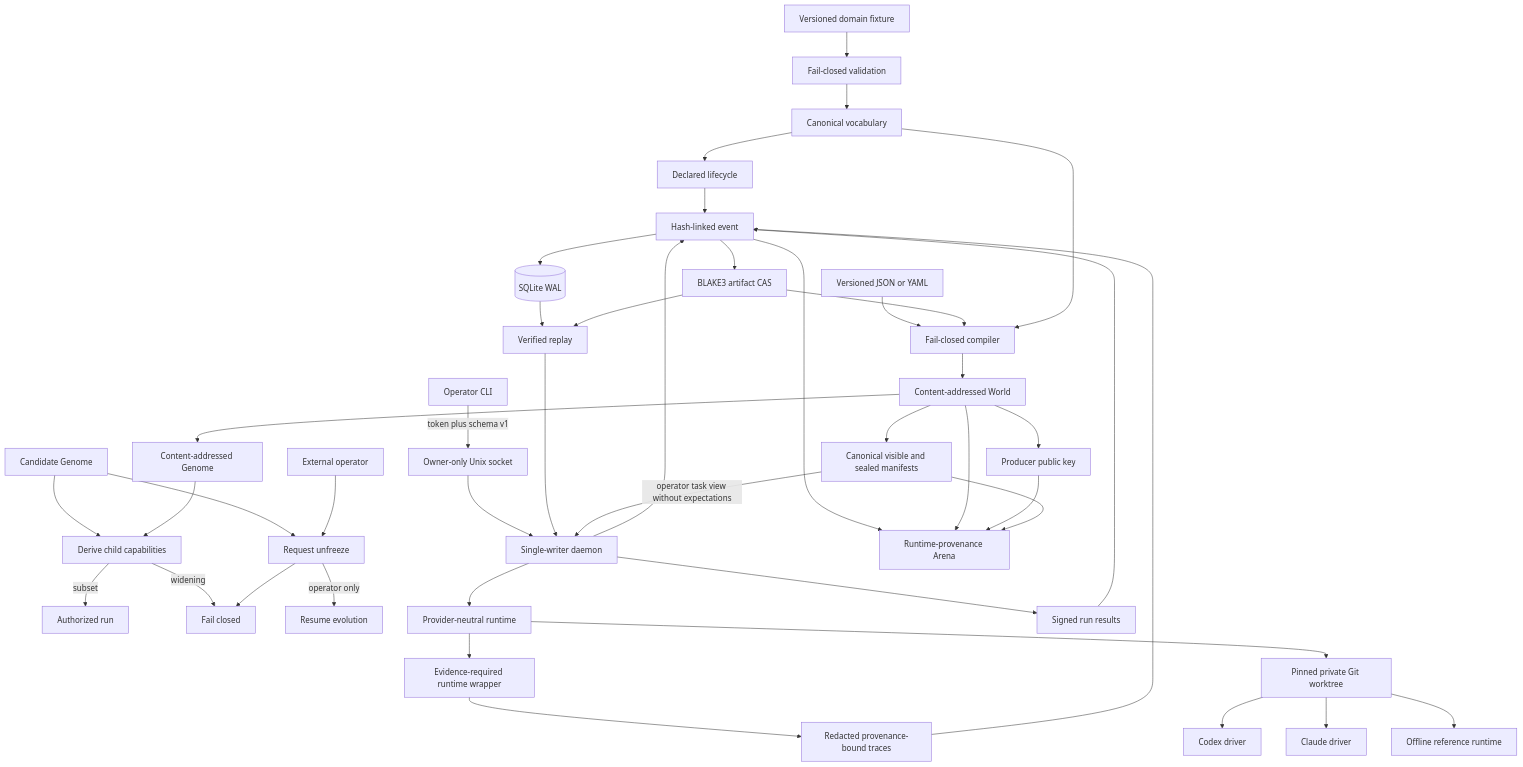
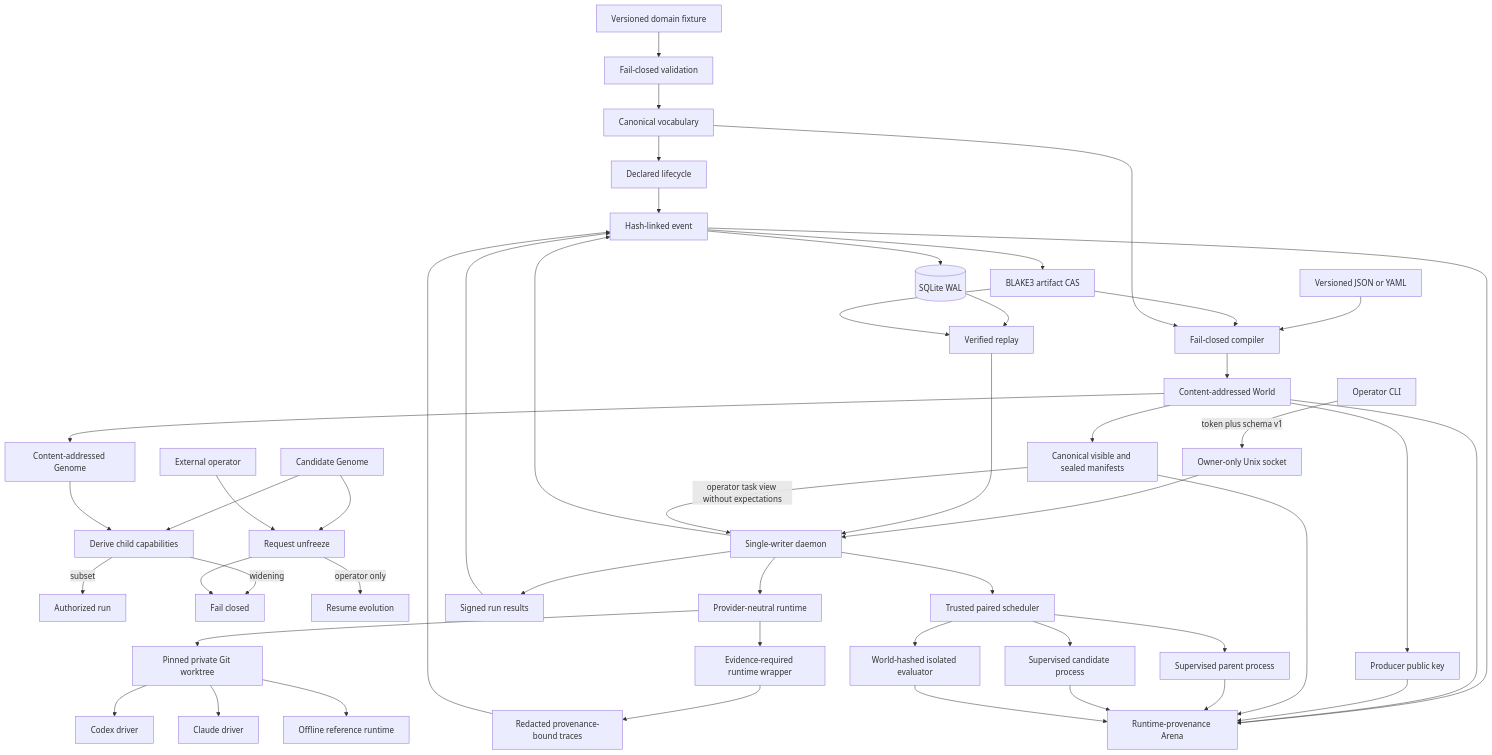
Before and after one commit to randyren278/Hephaestus: the diagram in docs/ARCHITECTURE.md, drawn with Mermaid. The commit also changed 14 other files, not shown here.

Commit message:
Schedule protected paired Arena trials

````diff
--- a/docs/ARCHITECTURE.md
+++ b/docs/ARCHITECTURE.md
@@ -5,45 +5,52 @@
 ```mermaid
 flowchart TD
     Candidate[Candidate Genome] --> Derive[Derive child capabilities]
     Derive -->|subset| Run[Authorized run]
     Derive -->|widening| Deny[Fail closed]
     Candidate --> Unfreeze[Request unfreeze]
     Unfreeze --> Deny
     Operator[External operator] --> Unfreeze
     Unfreeze -->|operator only| Resume[Resume evolution]
     Fixture[Versioned domain fixture] --> Validate[Fail-closed validation]
     Validate --> Vocabulary[Canonical vocabulary]
     Vocabulary --> Lifecycle[Declared lifecycle]
     Lifecycle --> Event[Hash-linked event]
     Event --> SQLite[(SQLite WAL)]
     Event --> CAS[BLAKE3 artifact CAS]
     SQLite --> Replay[Verified replay]
     CAS --> Replay
     Source[Versioned JSON or YAML] --> Compile[Fail-closed compiler]
     CAS --> Compile
     Vocabulary --> Compile
     Compile --> World[Content-addressed World]
     World --> Genome[Content-addressed Genome]
     Genome --> Derive
     CLI[Operator CLI] -->|token plus schema v1| Socket[Owner-only Unix socket]
     Socket --> Daemon[Single-writer daemon]
     Daemon --> Event
     Replay --> Daemon
     Daemon --> Runtime[Provider-neutral runtime]
     Runtime --> Recorded[Evidence-required runtime wrapper]
     Recorded --> Experience[Redacted provenance-bound traces]
     Experience --> Event
     Event --> Arena[Runtime-provenance Arena]
     World --> Arena
     Daemon --> Signed[Signed run results]
     Signed --> Event
     World --> Verifier[Producer public key]
     Verifier --> Arena
     World --> Manifests[Canonical visible and sealed manifests]
     Manifests -->|operator task view without expectations| Daemon
     Manifests --> Arena
     Runtime --> Sandbox[Pinned private Git worktree]
+    Daemon --> Pair[Trusted paired scheduler]
+    Pair --> Parent[Supervised parent process]
+    Pair --> CandidateRun[Supervised candidate process]
+    Parent --> Arena
+    CandidateRun --> Arena
+    Pair --> Evaluator[World-hashed isolated evaluator]
+    Evaluator --> Arena
     Sandbox --> Codex[Codex driver]
     Sandbox --> Claude[Claude driver]
     Sandbox --> Reference[Offline reference runtime]
 ```
````
